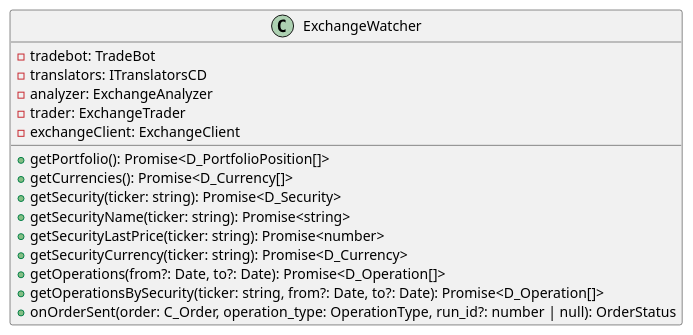
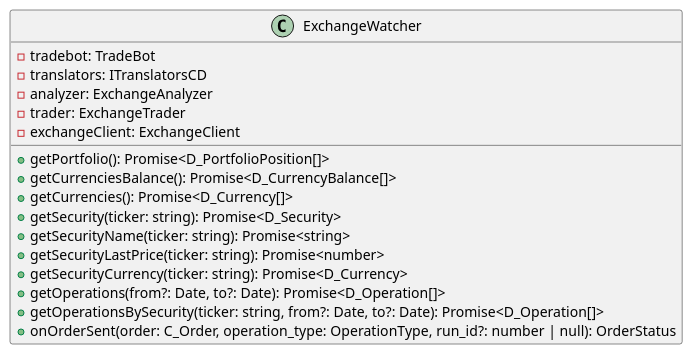
One commit to d0rich/tradeb0t changed the diagram in docs/ExchangeWatcher.puml. Above: the diagram before and after it, drawn with PlantUML. The commit also changed 7 other files, not shown here.

Commit message:
Create diagrams

```diff
--- a/docs/ExchangeWatcher.puml
+++ b/docs/ExchangeWatcher.puml
@@ -1,18 +1,19 @@
 @startuml
 class ExchangeWatcher {
     -tradebot: TradeBot
     -translators: ITranslatorsCD
     -analyzer: ExchangeAnalyzer
     -trader: ExchangeTrader
     -exchangeClient: ExchangeClient
     +getPortfolio(): Promise<D_PortfolioPosition[]>
+    +getCurrenciesBalance(): Promise<D_CurrencyBalance[]>
     +getCurrencies(): Promise<D_Currency[]>
     +getSecurity(ticker: string): Promise<D_Security>
     +getSecurityName(ticker: string): Promise<string>
     +getSecurityLastPrice(ticker: string): Promise<number>
     +getSecurityCurrency(ticker: string): Promise<D_Currency>
     +getOperations(from?: Date, to?: Date): Promise<D_Operation[]>
     +getOperationsBySecurity(ticker: string, from?: Date, to?: Date): Promise<D_Operation[]>
     +onOrderSent(order: C_Order, operation_type: OperationType, run_id?: number | null): OrderStatus
 }
 @enduml
```
